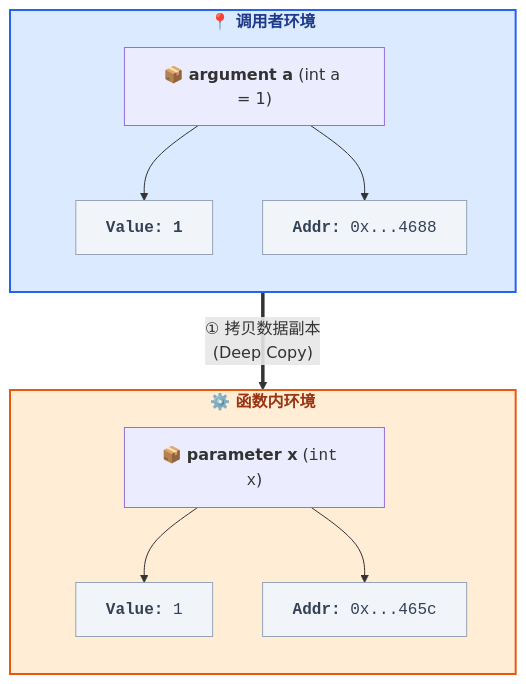
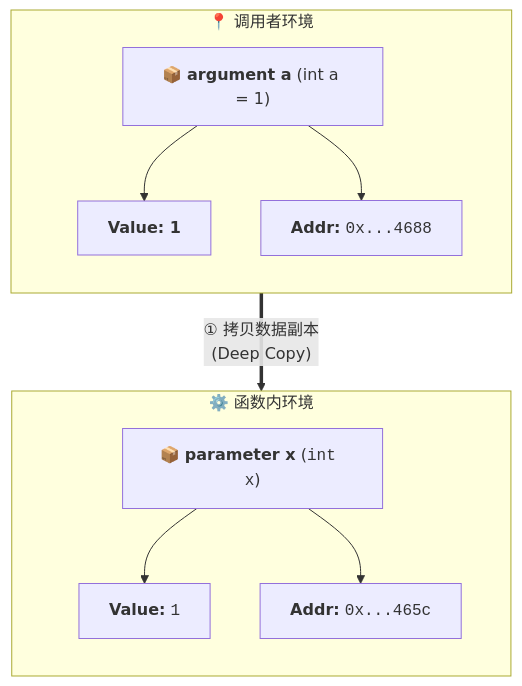
Before and after one commit to dmjcb/dmjcb.github.io: the second of 4 diagrams in _posts/c_c++/2024-12-23-function.md, drawn with Mermaid. The commit also changed other lines of this file and 7 other files, not shown here.

````diff
--- a/_posts/c_c++/2024-12-23-function.md
+++ b/_posts/c_c++/2024-12-23-function.md
@@ -187,31 +169,22 @@
 ```mermaid
 flowchart TB
-    %% 样式定义
-    classDef argMain fill:#dbeafe,stroke:#2563eb,stroke-width:2px,color:#1e3a8a,font-weight:bold;
-    classDef paramMain fill:#ffedd5,stroke:#ea580c,stroke-width:2px,color:#9a3412,font-weight:bold;
-    classDef memNode fill:#f1f5f9,stroke:#94a3b8,stroke-width:1px,color:#334155,font-family:monospace;
-
     subgraph ArgEnv ["📍 调用者环境"]
         direction TB
         ArgA["📦 <b>argument a</b> (int a = 1)"]
         ArgA_Val["<b>Value: 1"]
         ArgA_Addr["<b>Addr:</b> <code>0x...4688</code>"]
         ArgA --> ArgA_Val
         ArgA --> ArgA_Addr
     end
 
     subgraph ParamEnv ["⚙️ 函数内环境"]
         direction TB
         ParamX["📦 <b>parameter x</b> (<code>int x</code>)"]
         ParamX_Val["<b>Value:</b> <code>1</code>"]
         ParamX_Addr["<b>Addr:</b> <code>0x...465c</code>"]
         ParamX --> ParamX_Val
         ParamX --> ParamX_Addr
     end
 
     ArgA_Val ==>|"① 拷贝数据副本<br/>(Deep Copy)"| ParamX_Val
-    
-    class ArgEnv argMain;
-    class ParamEnv paramMain;
-    class ArgA_Val,ArgA_Addr,ParamX_Val,ParamX_Addr memNode;
 ```
````
